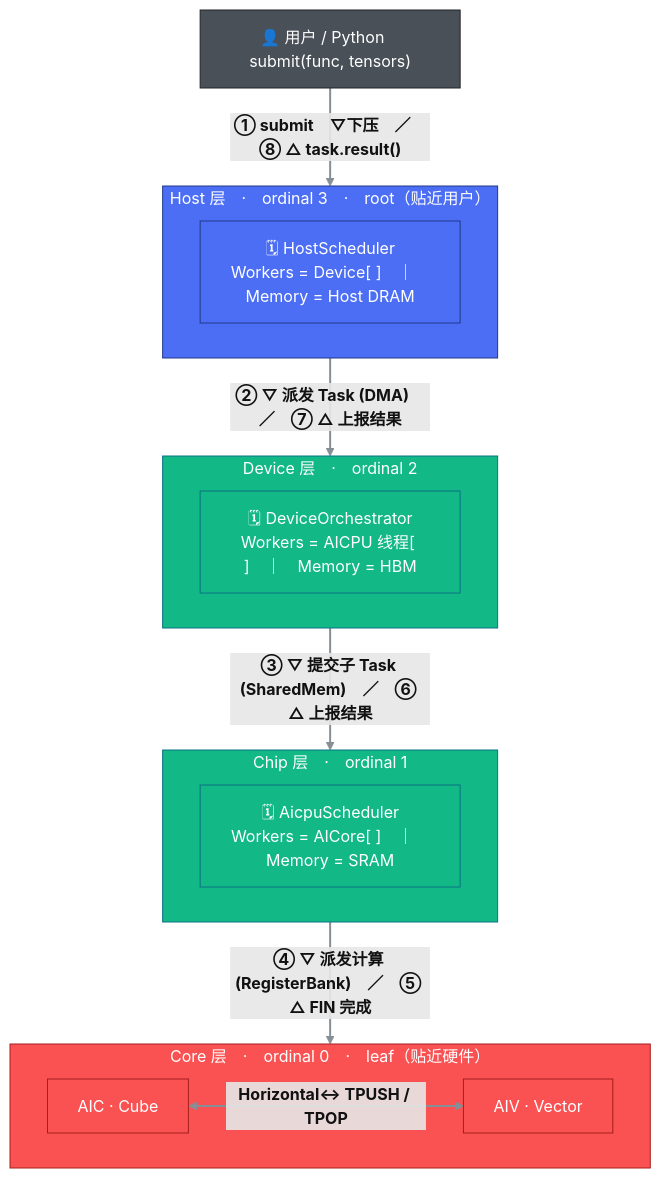
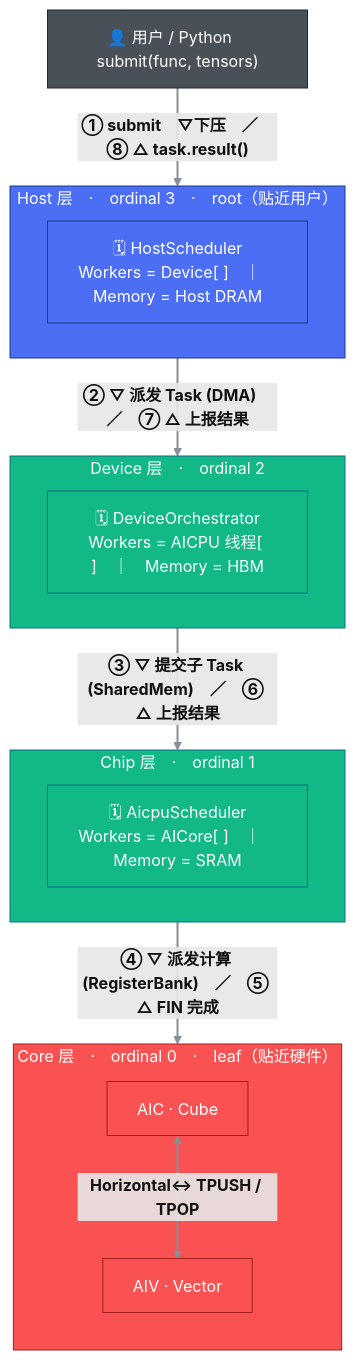
One commit to csy0225/pypto-project changed the second of 5 diagrams in reference/4plus1/02-logical-view.md. Above: the diagram before and after it, drawn with Mermaid. The commit also changed other lines of this file and 6 other files, not shown here.

First line of the commit message:
docs: 所有 Mermaid 流程图改为纵向(TD)布局，避免横向超屏

````diff
--- a/reference/4plus1/02-logical-view.md
+++ b/reference/4plus1/02-logical-view.md
@@ -127,36 +127,36 @@
 ```mermaid
 flowchart TB
     User["👤 用户 / Python　submit(func, tensors)"]
 
     subgraph L3["Host 层　·　ordinal 3　·　root（贴近用户）"]
         H["🗓 HostScheduler<br/>Workers = Device[ ]　｜　Memory = Host DRAM"]
     end
     subgraph L2["Device 层　·　ordinal 2"]
         D["🗓 DeviceOrchestrator<br/>Workers = AICPU 线程[ ]　｜　Memory = HBM"]
     end
     subgraph L1["Chip 层　·　ordinal 1"]
         C["🗓 AicpuScheduler<br/>Workers = AICore[ ]　｜　Memory = SRAM"]
     end
     subgraph L0["Core 层　·　ordinal 0　·　leaf（贴近硬件）"]
-        direction LR
+        direction TB
         AIC["AIC · Cube"]
         AIV["AIV · Vector"]
         AIC <-->|"Horizontal↔ TPUSH / TPOP"| AIV
     end
 
     User ==>|"① submit　▽下压　／　⑧ △ task.result()"| L3
     L3 ==>|"② ▽ 派发 Task (DMA)　／　⑦ △ 上报结果"| L2
     L2 ==>|"③ ▽ 提交子 Task (SharedMem)　／　⑥ △ 上报结果"| L1
     L1 ==>|"④ ▽ 派发计算 (RegisterBank)　／　⑤ △ FIN 完成"| L0
 
     classDef userc fill:#495057,stroke:#212529,color:#fff;
     classDef root fill:#4C6EF5,stroke:#1E3A8A,color:#fff;
     classDef mid fill:#12B886,stroke:#0B7285,color:#fff;
     classDef leaf fill:#FA5252,stroke:#A61E1E,color:#fff;
     class User userc;
     class L3,H root;
     class L2,D mid;
     class L1,C mid;
     class L0,AIC,AIV leaf;
     linkStyle default stroke:#868E96,stroke-width:2px,color:#111111,font-weight:bold;
 ```
````
